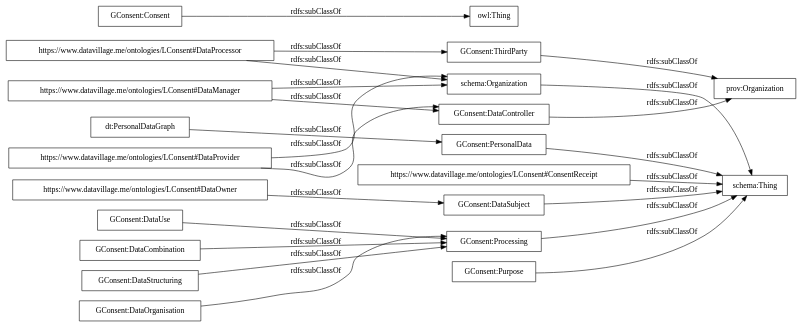
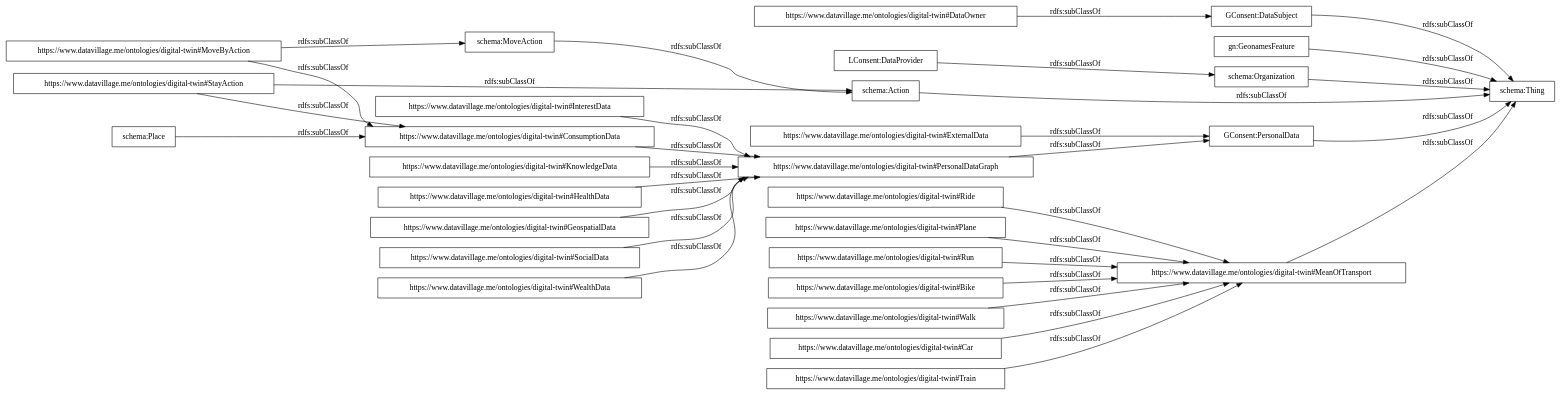
One commit to datavillage-me/ontologies changed the diagram in OnToology/LConsent/ontology.owl/diagrams/ar2dtool-taxonomy/ontology.owl.png.dot. Above: the diagram before and after it, drawn with Graphviz. The commit also changed 27 other files, not shown here.

```diff
--- a/OnToology/LConsent/ontology.owl/diagrams/ar2dtool-taxonomy/ontology.owl.png.dot
+++ b/OnToology/LConsent/ontology.owl/diagrams/ar2dtool-taxonomy/ontology.owl.png.dot
@@ -1,27 +1,36 @@
 digraph ar2dtool_diagram { 
 rankdir=LR;
 size="1000"
-node [shape = rectangle, color="black"]; "GConsent:DataSubject" "GConsent:Consent" "GConsent:Processing" "GConsent:ThirdParty" "https://www.datavillage.me/ontologies/LConsent#DataManager" "schema:Organization" "https://www.datavillage.me/ontologies/LConsent#DataProcessor" "GConsent:Purpose" "https://www.datavillage.me/ontologies/LConsent#DataProvider" "GConsent:DataUse" "https://www.datavillage.me/ontologies/LConsent#DataOwner" "GConsent:DataController" "GConsent:DataCombination" "prov:Organization" "schema:Thing" "GConsent:PersonalData" "GConsent:DataStructuring" "dt:PersonalDataGraph" "GConsent:DataOrganisation" "https://www.datavillage.me/ontologies/LConsent#ConsentReceipt" ; /*classes style*/
-	"https://www.datavillage.me/ontologies/LConsent#DataProvider" -> "GConsent:DataController" [ label = "rdfs:subClassOf" ];
-	"https://www.datavillage.me/ontologies/LConsent#DataProvider" -> "schema:Organization" [ label = "rdfs:subClassOf" ];
-	"https://www.datavillage.me/ontologies/LConsent#DataOwner" -> "GConsent:DataSubject" [ label = "rdfs:subClassOf" ];
-	"GConsent:Processing" -> "schema:Thing" [ label = "rdfs:subClassOf" ];
-	"GConsent:ThirdParty" -> "prov:Organization" [ label = "rdfs:subClassOf" ];
-	"GConsent:DataUse" -> "GConsent:Processing" [ label = "rdfs:subClassOf" ];
-	"https://www.datavillage.me/ontologies/LConsent#ConsentReceipt" -> "schema:Thing" [ label = "rdfs:subClassOf" ];
-	"https://www.datavillage.me/ontologies/LConsent#DataManager" -> "GConsent:DataController" [ label = "rdfs:subClassOf" ];
-	"https://www.datavillage.me/ontologies/LConsent#DataManager" -> "schema:Organization" [ label = "rdfs:subClassOf" ];
+node [shape = rectangle, color="black"]; "https://www.datavillage.me/ontologies/digital-twin#StayAction" "GConsent:DataSubject" "https://www.datavillage.me/ontologies/digital-twin#WealthData" "https://www.datavillage.me/ontologies/digital-twin#MoveByAction" "https://www.datavillage.me/ontologies/digital-twin#InterestData" "https://www.datavillage.me/ontologies/digital-twin#Plane" "https://www.datavillage.me/ontologies/digital-twin#HealthData" "https://www.datavillage.me/ontologies/digital-twin#Run" "https://www.datavillage.me/ontologies/digital-twin#Bike" "https://www.datavillage.me/ontologies/digital-twin#KnowledgeData" "https://www.datavillage.me/ontologies/digital-twin#Walk" "schema:MoveAction" "gn:GeonamesFeature" "schema:Organization" "https://www.datavillage.me/ontologies/digital-twin#ConsumptionData" "schema:Action" "https://www.datavillage.me/ontologies/digital-twin#GeospatialData" "https://www.datavillage.me/ontologies/digital-twin#ExternalData" "LConsent:DataProvider" "https://www.datavillage.me/ontologies/digital-twin#SocialData" "https://www.datavillage.me/ontologies/digital-twin#Car" "schema:Thing" "https://www.datavillage.me/ontologies/digital-twin#Train" "GConsent:PersonalData" "https://www.datavillage.me/ontologies/digital-twin#Ride" "https://www.datavillage.me/ontologies/digital-twin#MeanOfTransport" "https://www.datavillage.me/ontologies/digital-twin#PersonalDataGraph" "https://www.datavillage.me/ontologies/digital-twin#DataOwner" "schema:Place" ; /*classes style*/
+	"https://www.datavillage.me/ontologies/digital-twin#WealthData" -> "https://www.datavillage.me/ontologies/digital-twin#PersonalDataGraph" [ label = "rdfs:subClassOf" ];
+	"https://www.datavillage.me/ontologies/digital-twin#HealthData" -> "https://www.datavillage.me/ontologies/digital-twin#PersonalDataGraph" [ label = "rdfs:subClassOf" ];
+	"https://www.datavillage.me/ontologies/digital-twin#Plane" -> "https://www.datavillage.me/ontologies/digital-twin#MeanOfTransport" [ label = "rdfs:subClassOf" ];
+	"schema:Action" -> "schema:Thing" [ label = "rdfs:subClassOf" ];
+	"https://www.datavillage.me/ontologies/digital-twin#SocialData" -> "https://www.datavillage.me/ontologies/digital-twin#PersonalDataGraph" [ label = "rdfs:subClassOf" ];
+	"https://www.datavillage.me/ontologies/digital-twin#Run" -> "https://www.datavillage.me/ontologies/digital-twin#MeanOfTransport" [ label = "rdfs:subClassOf" ];
+	"https://www.datavillage.me/ontologies/digital-twin#DataOwner" -> "GConsent:DataSubject" [ label = "rdfs:subClassOf" ];
+	"https://www.datavillage.me/ontologies/digital-twin#Ride" -> "https://www.datavillage.me/ontologies/digital-twin#MeanOfTransport" [ label = "rdfs:subClassOf" ];
+	"LConsent:DataProvider" -> "schema:Organization" [ label = "rdfs:subClassOf" ];
+	"schema:MoveAction" -> "schema:Action" [ label = "rdfs:subClassOf" ];
+	"gn:GeonamesFeature" -> "schema:Thing" [ label = "rdfs:subClassOf" ];
+	"https://www.datavillage.me/ontologies/digital-twin#ExternalData" -> "GConsent:PersonalData" [ label = "rdfs:subClassOf" ];
+	"https://www.datavillage.me/ontologies/digital-twin#MoveByAction" -> "https://www.datavillage.me/ontologies/digital-twin#ConsumptionData" [ label = "rdfs:subClassOf" ];
+	"https://www.datavillage.me/ontologies/digital-twin#MoveByAction" -> "schema:MoveAction" [ label = "rdfs:subClassOf" ];
+	"https://www.datavillage.me/ontologies/digital-twin#GeospatialData" -> "https://www.datavillage.me/ontologies/digital-twin#PersonalDataGraph" [ label = "rdfs:subClassOf" ];
+	"https://www.datavillage.me/ontologies/digital-twin#StayAction" -> "https://www.datavillage.me/ontologies/digital-twin#ConsumptionData" [ label = "rdfs:subClassOf" ];
+	"https://www.datavillage.me/ontologies/digital-twin#StayAction" -> "schema:Action" [ label = "rdfs:subClassOf" ];
 	"schema:Organization" -> "schema:Thing" [ label = "rdfs:subClassOf" ];
-	"GConsent:DataCombination" -> "GConsent:Processing" [ label = "rdfs:subClassOf" ];
-	"https://www.datavillage.me/ontologies/LConsent#DataProcessor" -> "GConsent:ThirdParty" [ label = "rdfs:subClassOf" ];
-	"https://www.datavillage.me/ontologies/LConsent#DataProcessor" -> "schema:Organization" [ label = "rdfs:subClassOf" ];
-	"GConsent:DataController" -> "prov:Organization" [ label = "rdfs:subClassOf" ];
-	"dt:PersonalDataGraph" -> "GConsent:PersonalData" [ label = "rdfs:subClassOf" ];
-	"GConsent:Consent" -> "owl:Thing" [ label = "rdfs:subClassOf" ];
-	"GConsent:DataStructuring" -> "GConsent:Processing" [ label = "rdfs:subClassOf" ];
-	"GConsent:Purpose" -> "schema:Thing" [ label = "rdfs:subClassOf" ];
+	"https://www.datavillage.me/ontologies/digital-twin#MeanOfTransport" -> "schema:Thing" [ label = "rdfs:subClassOf" ];
+	"https://www.datavillage.me/ontologies/digital-twin#Car" -> "https://www.datavillage.me/ontologies/digital-twin#MeanOfTransport" [ label = "rdfs:subClassOf" ];
+	"https://www.datavillage.me/ontologies/digital-twin#PersonalDataGraph" -> "GConsent:PersonalData" [ label = "rdfs:subClassOf" ];
+	"https://www.datavillage.me/ontologies/digital-twin#ConsumptionData" -> "https://www.datavillage.me/ontologies/digital-twin#PersonalDataGraph" [ label = "rdfs:subClassOf" ];
+	"https://www.datavillage.me/ontologies/digital-twin#KnowledgeData" -> "https://www.datavillage.me/ontologies/digital-twin#PersonalDataGraph" [ label = "rdfs:subClassOf" ];
+	"https://www.datavillage.me/ontologies/digital-twin#InterestData" -> "https://www.datavillage.me/ontologies/digital-twin#PersonalDataGraph" [ label = "rdfs:subClassOf" ];
 	"GConsent:PersonalData" -> "schema:Thing" [ label = "rdfs:subClassOf" ];
 	"GConsent:DataSubject" -> "schema:Thing" [ label = "rdfs:subClassOf" ];
-	"GConsent:DataOrganisation" -> "GConsent:Processing" [ label = "rdfs:subClassOf" ];
+	"https://www.datavillage.me/ontologies/digital-twin#Bike" -> "https://www.datavillage.me/ontologies/digital-twin#MeanOfTransport" [ label = "rdfs:subClassOf" ];
+	"https://www.datavillage.me/ontologies/digital-twin#Train" -> "https://www.datavillage.me/ontologies/digital-twin#MeanOfTransport" [ label = "rdfs:subClassOf" ];
+	"schema:Place" -> "https://www.datavillage.me/ontologies/digital-twin#ConsumptionData" [ label = "rdfs:subClassOf" ];
+	"https://www.datavillage.me/ontologies/digital-twin#Walk" -> "https://www.datavillage.me/ontologies/digital-twin#MeanOfTransport" [ label = "rdfs:subClassOf" ];
 
 }
```
